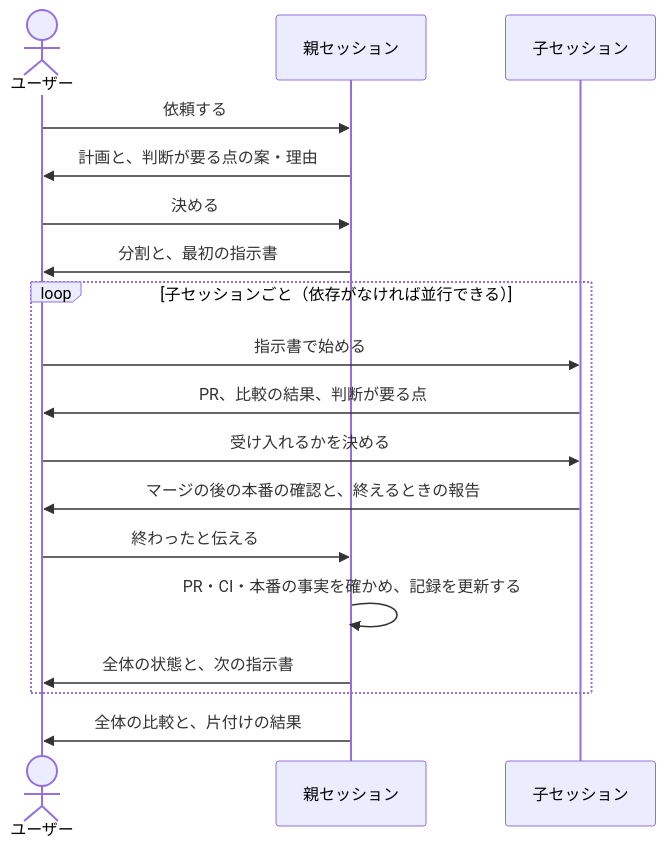
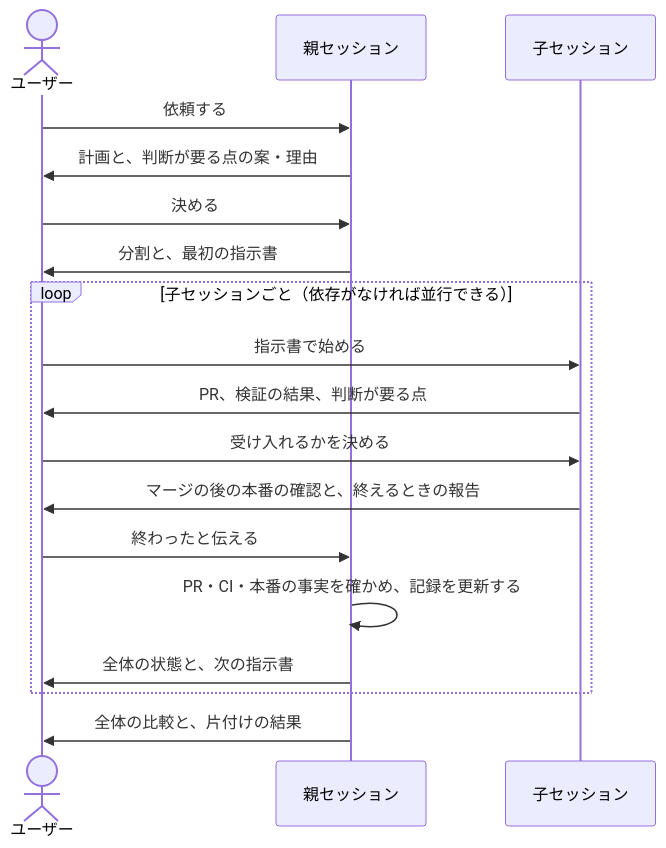
One commit to shin4488/agent-plugins changed the diagram in skills/coordinate-sessions/SKILL.md. Above: the diagram before and after it, drawn with Mermaid. The commit also changed other lines of this file and 2 other files, not shown here.

````diff
--- a/skills/coordinate-sessions/SKILL.md
+++ b/skills/coordinate-sessions/SKILL.md
@@ -20,20 +20,20 @@
 ```mermaid
 sequenceDiagram
     actor User as ユーザー
     participant Parent as 親セッション
     participant Child as 子セッション
     User->>Parent: 依頼する
     Parent->>User: 計画と、判断が要る点の案・理由
     User->>Parent: 決める
     Parent->>User: 分割と、最初の指示書
     loop 子セッションごと（依存がなければ並行できる）
         User->>Child: 指示書で始める
-        Child->>User: PR、比較の結果、判断が要る点
+        Child->>User: PR、検証の結果、判断が要る点
         User->>Child: 受け入れるかを決める
         Child->>User: マージの後の本番の確認と、終えるときの報告
         User->>Parent: 終わったと伝える
         Parent->>Parent: PR・CI・本番の事実を確かめ、記録を更新する
         Parent->>User: 全体の状態と、次の指示書
     end
     Parent->>User: 全体の比較と、片付けの結果
 ```
````
